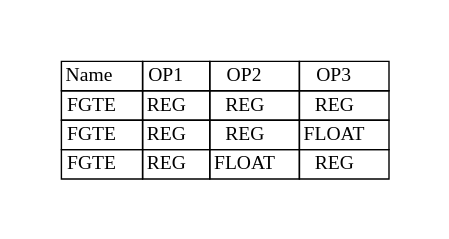
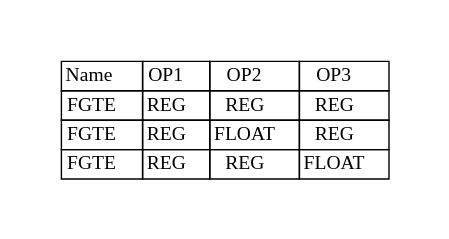
Before and after one commit to adesutherland/CREXX: the diagram in docs/books/crexx_vm_spec/svg/fgte.gv, drawn with Graphviz. The commit also changed other lines of this file and 103 other files, not shown here.

```diff
--- a/docs/books/crexx_vm_spec/svg/fgte.gv
+++ b/docs/books/crexx_vm_spec/svg/fgte.gv
@@ -1,11 +1,11 @@
 digraph{
 graph [pad="0.5", nodesep="0.5", ranksep="2" ]
 node [shape=plain]
 Foo [label=<
 <table border="0" cellborder="1" cellspacing="0">
 <tr><td> Name </td> <td> OP1 </td><td> OP2 </td><td> OP3 </td> </tr>
 <tr><td> FGTE </td><td> REG </td><td> REG </td><td> REG </td> </tr>
+<tr><td> FGTE </td><td> REG </td><td> FLOAT </td><td> REG </td> </tr>
 <tr><td> FGTE </td><td> REG </td><td> REG </td><td> FLOAT </td> </tr>
-<tr><td> FGTE </td><td> REG </td><td> FLOAT </td><td> REG </td> </tr>
 </table>>];
 }
```
